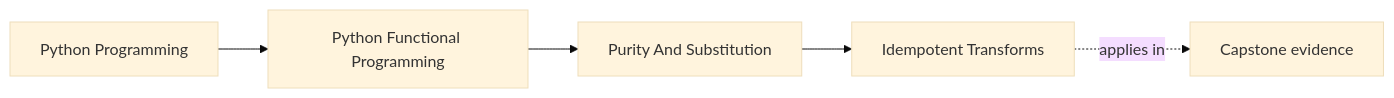
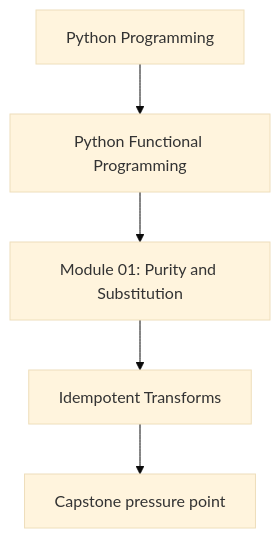
The first of 2 diagrams in programs/python-programming/python-functional-programming/course-book/module-01-purity-and-substitution/idempotent-transforms.md (bijux/bijux-masterclass), drawn with Mermaid (base theme) before and after one commit. The commit also changed other lines of this file and 118 other files, not shown here.

Commit message:
docs(python-functional-programming): align concept page diagrams

````diff
--- a/programs/python-programming/python-functional-programming/course-book/module-01-purity-and-substitution/idempotent-transforms.md
+++ b/programs/python-programming/python-functional-programming/course-book/module-01-purity-and-substitution/idempotent-transforms.md
@@ -7,11 +7,7 @@
 ```mermaid
-graph LR
-  family["Python Programming"]
-  program["Python Functional Programming"]
-  section["Purity And Substitution"]
-  page["Idempotent Transforms"]
-  capstone["Capstone evidence"]
-
-  family --> program --> section --> page
-  page -.applies in.-> capstone
+flowchart TD
+  family["Python Programming"] --> program["Python Functional Programming"]
+  program --> module["Module 01: Purity and Substitution"]
+  module --> concept["Idempotent Transforms"]
+  concept --> capstone["Capstone pressure point"]
 ```
````
